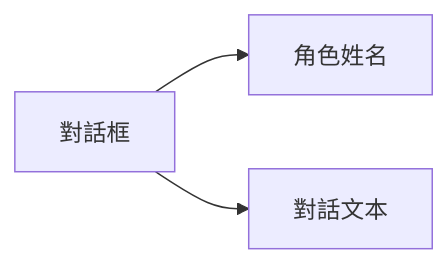
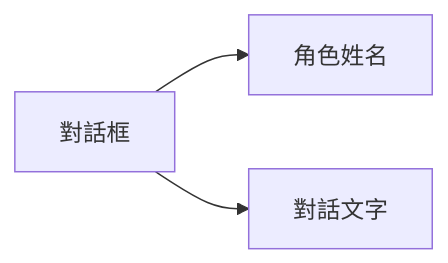
One commit to DSOE1024/konado changed the diagram in docs/tc/tutorial/script/conversation.md. Above: the diagram before and after it, drawn with Mermaid. The commit also changed other lines of this file and 224 other files, not shown here.

````diff
--- a/docs/tc/tutorial/script/conversation.md
+++ b/docs/tc/tutorial/script/conversation.md
@@ -9,5 +9,5 @@
 ```mermaid
 graph LR
     A[對話框] --> B[角色姓名]
-    A --> D[對話文本]
+    A --> D[對話文字]
 ```
````
